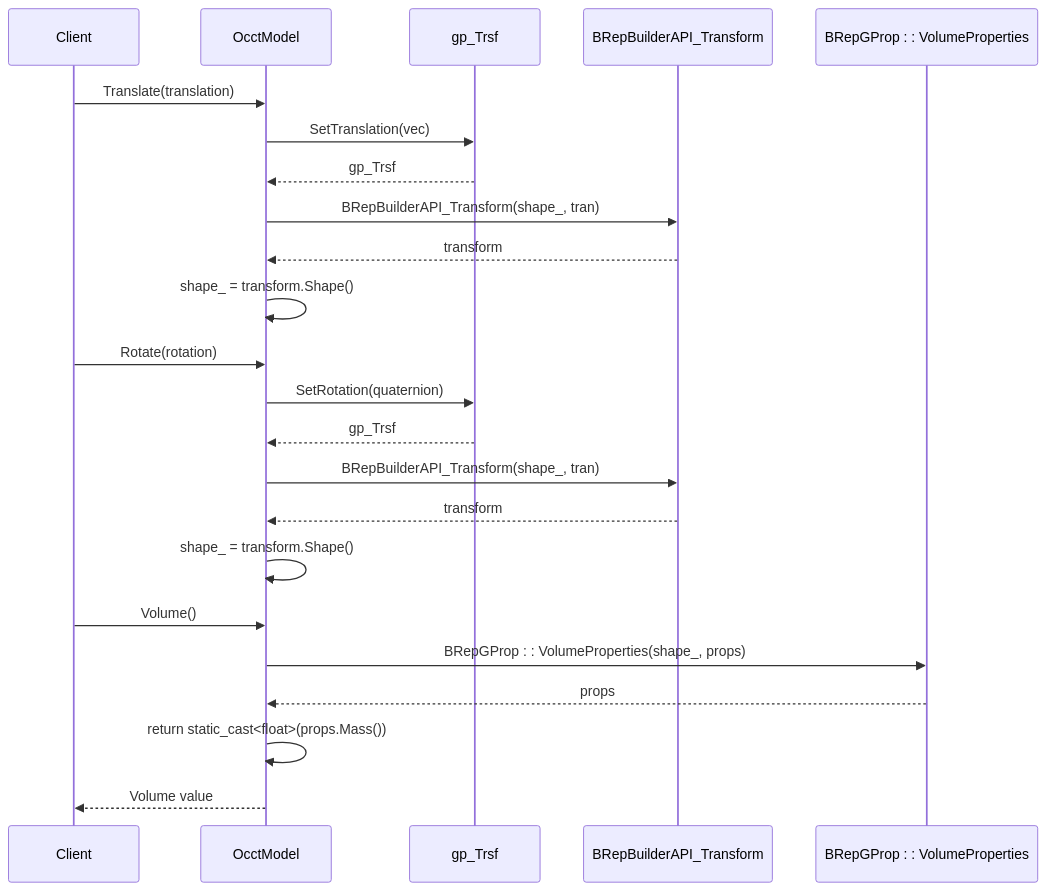
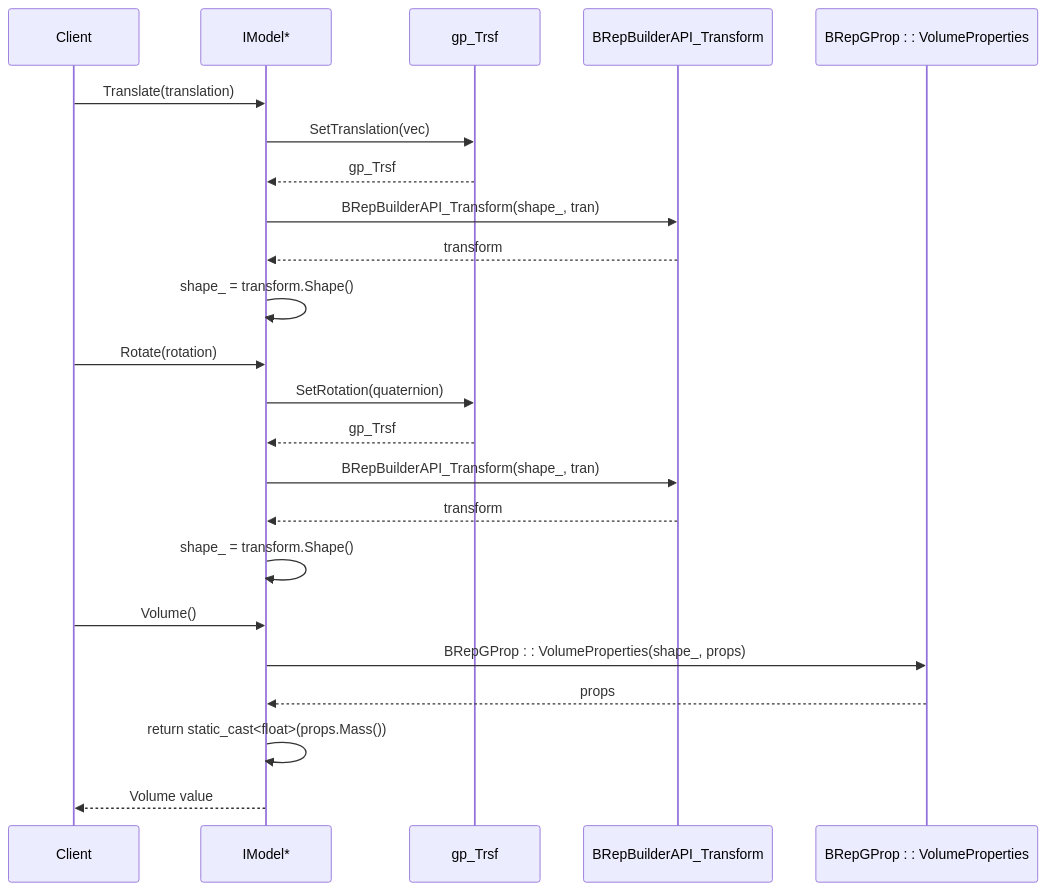
Before and after one commit to hsmbanlance/HsBaSlicer: diagram 15 of 15 in .qoder/repowiki/en/content/Model Processing/CAD Model Processing.md, drawn with Mermaid. The commit also changed other lines of this file and 31 other files, not shown here.

First line of the commit message:
docs(architecture): 更新文档以包含事件处理系统和动态库测试

````diff
--- a/.qoder/repowiki/en/content/Model Processing/CAD Model Processing.md
+++ b/.qoder/repowiki/en/content/Model Processing/CAD Model Processing.md
@@ -491,25 +651,25 @@
 ```mermaid
 sequenceDiagram
 participant Client
-participant OcctModel
+participant Model as IModel*
 participant gp_Trsf as gp_Trsf
 participant BRepBuilderAPI_Transform as BRepBuilderAPI_Transform
 participant BRepGProp as BRepGProp : : VolumeProperties
-Client->>OcctModel : Translate(translation)
-OcctModel->>gp_Trsf : SetTranslation(vec)
-gp_Trsf-->>OcctModel : gp_Trsf
-OcctModel->>BRepBuilderAPI_Transform : BRepBuilderAPI_Transform(shape_, tran)
-BRepBuilderAPI_Transform-->>OcctModel : transform
-OcctModel->>OcctModel : shape_ = transform.Shape()
-Client->>OcctModel : Rotate(rotation)
-OcctModel->>gp_Trsf : SetRotation(quaternion)
-gp_Trsf-->>OcctModel : gp_Trsf
-OcctModel->>BRepBuilderAPI_Transform : BRepBuilderAPI_Transform(shape_, tran)
-BRepBuilderAPI_Transform-->>OcctModel : transform
-OcctModel->>OcctModel : shape_ = transform.Shape()
-Client->>OcctModel : Volume()
-OcctModel->>BRepGProp : BRepGProp : : VolumeProperties(shape_, props)
-BRepGProp-->>OcctModel : props
-OcctModel->>OcctModel : return static_cast<float>(props.Mass())
-OcctModel-->>Client : Volume value
+Client->>Model : Translate(translation)
+Model->>gp_Trsf : SetTranslation(vec)
+gp_Trsf-->>Model : gp_Trsf
+Model->>BRepBuilderAPI_Transform : BRepBuilderAPI_Transform(shape_, tran)
+BRepBuilderAPI_Transform-->>Model : transform
+Model->>Model : shape_ = transform.Shape()
+Client->>Model : Rotate(rotation)
+Model->>gp_Trsf : SetRotation(quaternion)
+gp_Trsf-->>Model : gp_Trsf
+Model->>BRepBuilderAPI_Transform : BRepBuilderAPI_Transform(shape_, tran)
+BRepBuilderAPI_Transform-->>Model : transform
+Model->>Model : shape_ = transform.Shape()
+Client->>Model : Volume()
+Model->>BRepGProp : BRepGProp : : VolumeProperties(shape_, props)
+BRepGProp-->>Model : props
+Model->>Model : return static_cast<float>(props.Mass())
+Model-->>Client : Volume value
 ```
````
